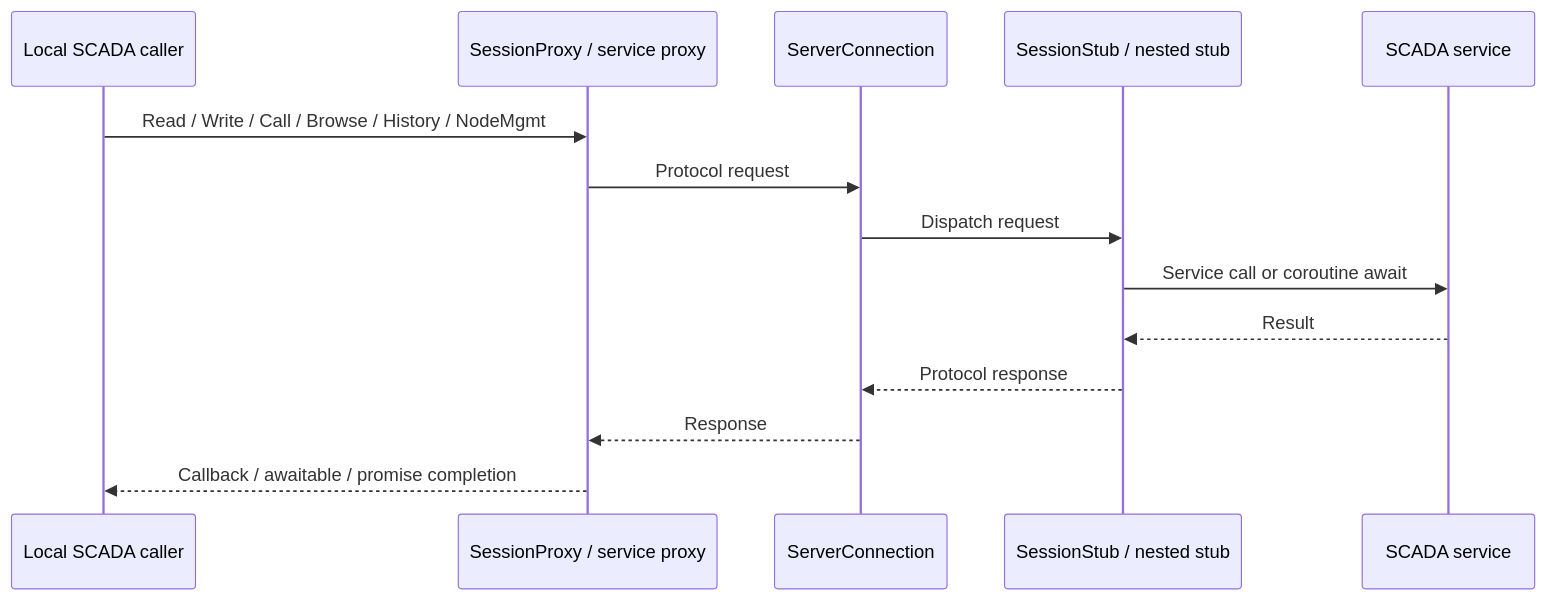
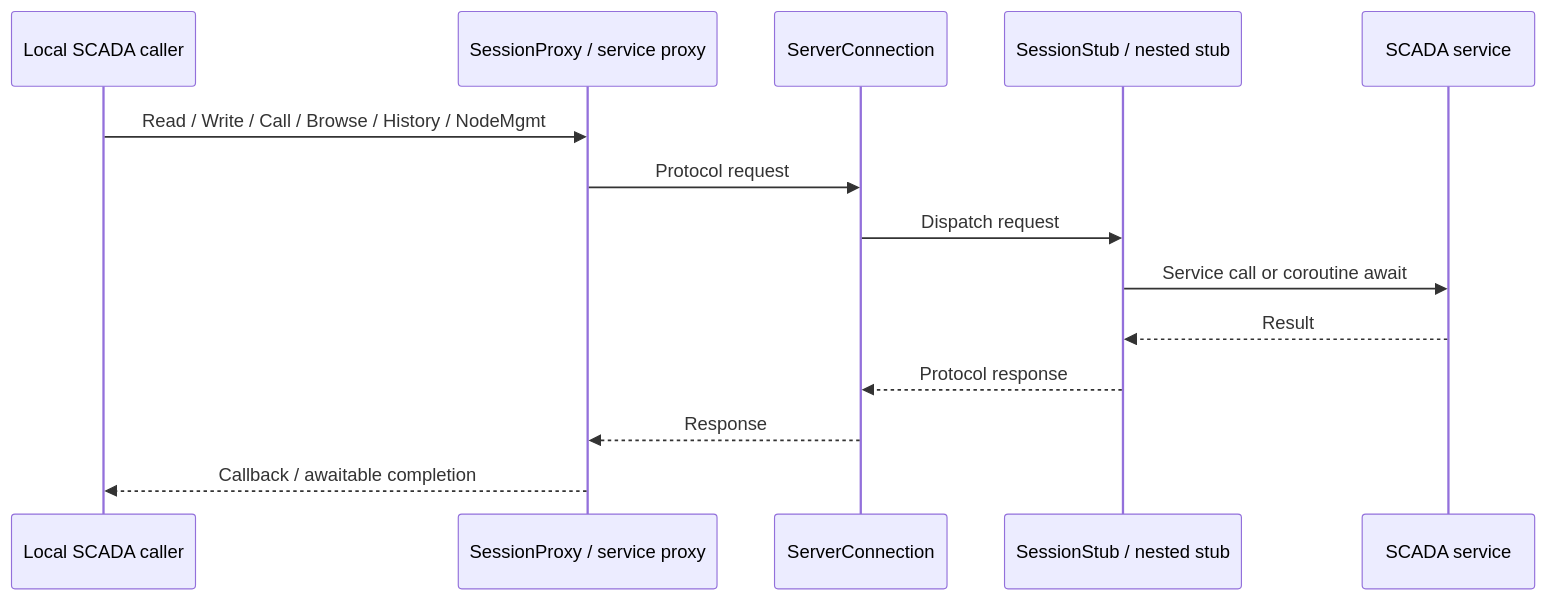
Before and after one commit to alexsmn/scada-core: the diagram in docs/remote_request_flow.mmd, drawn with Mermaid. The commit also changed 63 other files, not shown here.

```diff
--- a/docs/remote_request_flow.mmd
+++ b/docs/remote_request_flow.mmd
@@ -1,15 +1,15 @@
 sequenceDiagram
     participant Client as Local SCADA caller
     participant Proxy as SessionProxy / service proxy
     participant Conn as ServerConnection
     participant Stub as SessionStub / nested stub
     participant Service as SCADA service
 
     Client->>Proxy: Read / Write / Call / Browse / History / NodeMgmt
     Proxy->>Conn: Protocol request
     Conn->>Stub: Dispatch request
     Stub->>Service: Service call or coroutine await
     Service-->>Stub: Result
     Stub-->>Conn: Protocol response
     Conn-->>Proxy: Response
-    Proxy-->>Client: Callback / awaitable / promise completion
+    Proxy-->>Client: Callback / awaitable completion
```
